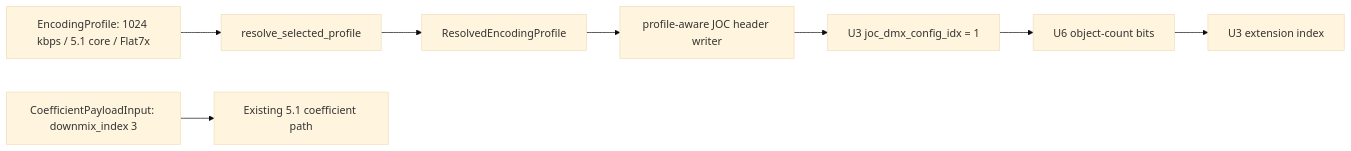
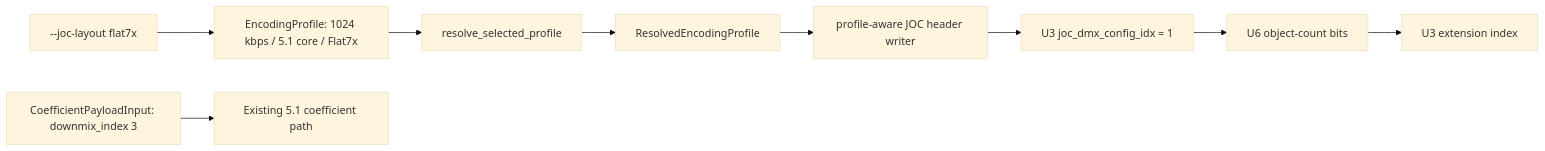
The second of 3 diagrams in docs/architecture/DATAFLOW.md (chyinan/JOCForge), drawn with Mermaid (base theme) before and after one commit. The commit also changed 41 other files, not shown here.

Commit message:
feat: add Flat7x CLI layout selection

````diff
--- a/docs/architecture/DATAFLOW.md
+++ b/docs/architecture/DATAFLOW.md
@@ -25,10 +25,11 @@
 ```mermaid
 flowchart LR
-  P[EncodingProfile: 1024 kbps / 5.1 core / Flat7x] --> R[resolve_selected_profile]
+  CLI[--joc-layout flat7x] --> P[EncodingProfile: 1024 kbps / 5.1 core / Flat7x]
+  P --> R[resolve_selected_profile]
   R --> V[ResolvedEncodingProfile]
   C[CoefficientPayloadInput: downmix_index 3] --> A[Existing 5.1 coefficient path]
   V --> H[profile-aware JOC header writer]
   H --> I[U3 joc_dmx_config_idx = 1]
   I --> O[U6 object-count bits]
   O --> X[U3 extension index]
 ```
````
